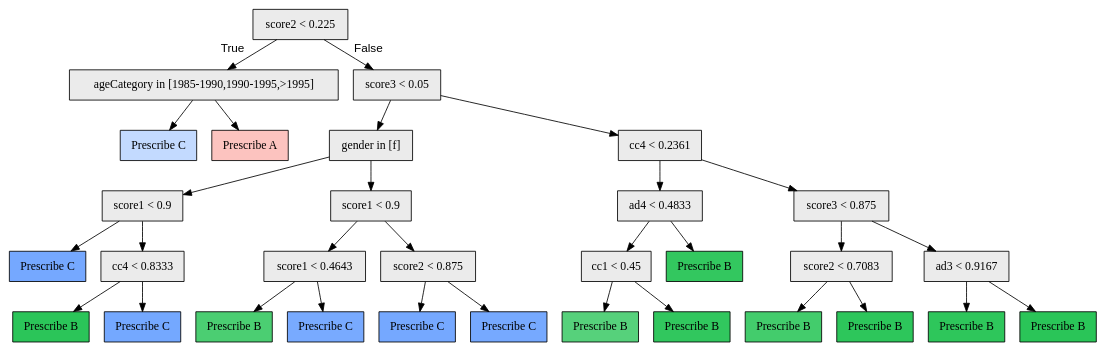
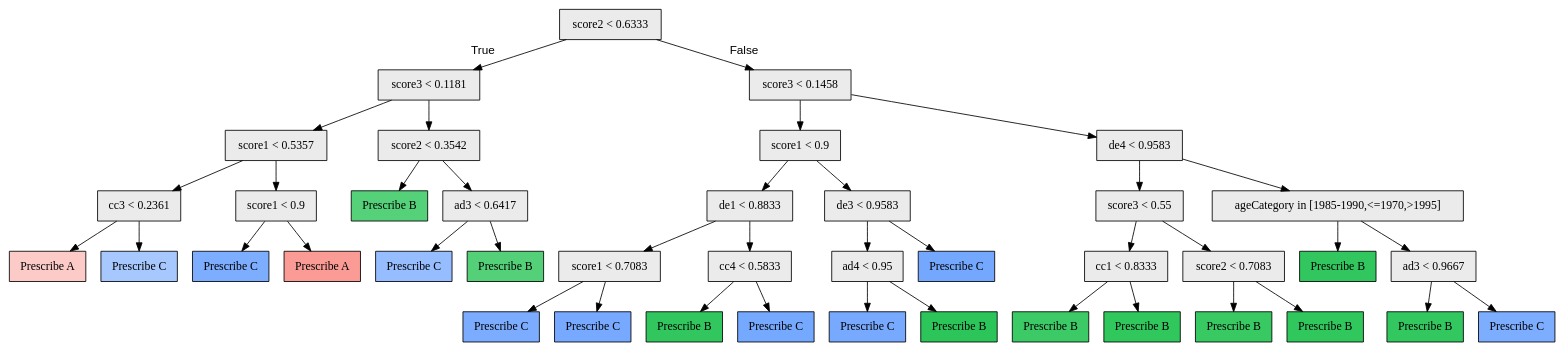
Before and after one commit to galitLukin/PersonalizedLearning: the diagram in python/model/2/rts/pytree.dot, drawn with Graphviz. The commit also changed 80 other files, not shown here.

```diff
--- a/python/model/2/rts/pytree.dot
+++ b/python/model/2/rts/pytree.dot
@@ -1,63 +1,83 @@
 digraph "G" {
-1 [fillcolor="#EBEBEB", fontname="bold arial", label="score2 &lt; 0.225", shape=box, style="filled"];
-2 [fillcolor="#EBEBEB", fontname="bold arial", label="ageCategory in [1985-1990,1990-1995,&gt;1995]", shape=box, style="filled"];
-3 [color=black, fillcolor="#619CFF60", fontname="bold arial", label="Prescribe C", shape=box, style="filled"];
-4 [color=black, fillcolor="#F8766D70", fontname="bold arial", label="Prescribe A", shape=box, style="filled"];
-5 [fillcolor="#EBEBEB", fontname="bold arial", label="score3 &lt; 0.05", shape=box, style="filled"];
-6 [fillcolor="#EBEBEB", fontname="bold arial", label="gender in [f]", shape=box, style="filled"];
+1 [fillcolor="#EBEBEB", fontname="bold arial", label="score2 &lt; 0.6333", shape=box, style="filled"];
+2 [fillcolor="#EBEBEB", fontname="bold arial", label="score3 &lt; 0.1181", shape=box, style="filled"];
+3 [fillcolor="#EBEBEB", fontname="bold arial", label="score1 &lt; 0.5357", shape=box, style="filled"];
+4 [fillcolor="#EBEBEB", fontname="bold arial", label="cc3 &lt; 0.2361", shape=box, style="filled"];
+5 [color=black, fillcolor="#F8766D60", fontname="bold arial", label="Prescribe A", shape=box, style="filled"];
+6 [color=black, fillcolor="#619CFF8e", fontname="bold arial", label="Prescribe C", shape=box, style="filled"];
 7 [fillcolor="#EBEBEB", fontname="bold arial", label="score1 &lt; 0.9", shape=box, style="filled"];
-8 [color=black, fillcolor="#619CFFde", fontname="bold arial", label="Prescribe C", shape=box, style="filled"];
-9 [fillcolor="#EBEBEB", fontname="bold arial", label="cc4 &lt; 0.8333", shape=box, style="filled"];
-10 [color=black, fillcolor="#00BA38d4", fontname="bold arial", label="Prescribe B", shape=box, style="filled"];
-11 [color=black, fillcolor="#619CFFdf", fontname="bold arial", label="Prescribe C", shape=box, style="filled"];
-12 [fillcolor="#EBEBEB", fontname="bold arial", label="score1 &lt; 0.9", shape=box, style="filled"];
-13 [fillcolor="#EBEBEB", fontname="bold arial", label="score1 &lt; 0.4643", shape=box, style="filled"];
-14 [color=black, fillcolor="#00BA38b4", fontname="bold arial", label="Prescribe B", shape=box, style="filled"];
-15 [color=black, fillcolor="#619CFFd9", fontname="bold arial", label="Prescribe C", shape=box, style="filled"];
-16 [fillcolor="#EBEBEB", fontname="bold arial", label="score2 &lt; 0.875", shape=box, style="filled"];
-17 [color=black, fillcolor="#619CFFde", fontname="bold arial", label="Prescribe C", shape=box, style="filled"];
-18 [color=black, fillcolor="#619CFFdd", fontname="bold arial", label="Prescribe C", shape=box, style="filled"];
-19 [fillcolor="#EBEBEB", fontname="bold arial", label="cc4 &lt; 0.2361", shape=box, style="filled"];
-20 [fillcolor="#EBEBEB", fontname="bold arial", label="ad4 &lt; 0.4833", shape=box, style="filled"];
-21 [fillcolor="#EBEBEB", fontname="bold arial", label="cc1 &lt; 0.45", shape=box, style="filled"];
-22 [color=black, fillcolor="#00BA38a9", fontname="bold arial", label="Prescribe B", shape=box, style="filled"];
-23 [color=black, fillcolor="#00BA38ce", fontname="bold arial", label="Prescribe B", shape=box, style="filled"];
-24 [color=black, fillcolor="#00BA38cc", fontname="bold arial", label="Prescribe B", shape=box, style="filled"];
-25 [fillcolor="#EBEBEB", fontname="bold arial", label="score3 &lt; 0.875", shape=box, style="filled"];
-26 [fillcolor="#EBEBEB", fontname="bold arial", label="score2 &lt; 0.7083", shape=box, style="filled"];
-27 [color=black, fillcolor="#00BA38bc", fontname="bold arial", label="Prescribe B", shape=box, style="filled"];
-28 [color=black, fillcolor="#00BA38d2", fontname="bold arial", label="Prescribe B", shape=box, style="filled"];
-29 [fillcolor="#EBEBEB", fontname="bold arial", label="ad3 &lt; 0.9167", shape=box, style="filled"];
-30 [color=black, fillcolor="#00BA38d1", fontname="bold arial", label="Prescribe B", shape=box, style="filled"];
-31 [color=black, fillcolor="#00BA38d5", fontname="bold arial", label="Prescribe B", shape=box, style="filled"];
+8 [color=black, fillcolor="#619CFFd3", fontname="bold arial", label="Prescribe C", shape=box, style="filled"];
+9 [color=black, fillcolor="#F8766Db9", fontname="bold arial", label="Prescribe A", shape=box, style="filled"];
+10 [fillcolor="#EBEBEB", fontname="bold arial", label="score2 &lt; 0.3542", shape=box, style="filled"];
+11 [color=black, fillcolor="#00BA38aa", fontname="bold arial", label="Prescribe B", shape=box, style="filled"];
+12 [fillcolor="#EBEBEB", fontname="bold arial", label="ad3 &lt; 0.6417", shape=box, style="filled"];
+13 [color=black, fillcolor="#619CFFa9", fontname="bold arial", label="Prescribe C", shape=box, style="filled"];
+14 [color=black, fillcolor="#00BA38ac", fontname="bold arial", label="Prescribe B", shape=box, style="filled"];
+15 [fillcolor="#EBEBEB", fontname="bold arial", label="score3 &lt; 0.1458", shape=box, style="filled"];
+16 [fillcolor="#EBEBEB", fontname="bold arial", label="score1 &lt; 0.9", shape=box, style="filled"];
+17 [fillcolor="#EBEBEB", fontname="bold arial", label="de1 &lt; 0.8833", shape=box, style="filled"];
+18 [fillcolor="#EBEBEB", fontname="bold arial", label="score1 &lt; 0.7083", shape=box, style="filled"];
+19 [color=black, fillcolor="#619CFFd5", fontname="bold arial", label="Prescribe C", shape=box, style="filled"];
+20 [color=black, fillcolor="#619CFFdc", fontname="bold arial", label="Prescribe C", shape=box, style="filled"];
+21 [fillcolor="#EBEBEB", fontname="bold arial", label="cc4 &lt; 0.5833", shape=box, style="filled"];
+22 [color=black, fillcolor="#00BA38ce", fontname="bold arial", label="Prescribe B", shape=box, style="filled"];
+23 [color=black, fillcolor="#619CFFde", fontname="bold arial", label="Prescribe C", shape=box, style="filled"];
+24 [fillcolor="#EBEBEB", fontname="bold arial", label="de3 &lt; 0.9583", shape=box, style="filled"];
+25 [fillcolor="#EBEBEB", fontname="bold arial", label="ad4 &lt; 0.95", shape=box, style="filled"];
+26 [color=black, fillcolor="#619CFFdb", fontname="bold arial", label="Prescribe C", shape=box, style="filled"];
+27 [color=black, fillcolor="#00BA38d4", fontname="bold arial", label="Prescribe B", shape=box, style="filled"];
+28 [color=black, fillcolor="#619CFFdf", fontname="bold arial", label="Prescribe C", shape=box, style="filled"];
+29 [fillcolor="#EBEBEB", fontname="bold arial", label="de4 &lt; 0.9583", shape=box, style="filled"];
+30 [fillcolor="#EBEBEB", fontname="bold arial", label="score3 &lt; 0.55", shape=box, style="filled"];
+31 [fillcolor="#EBEBEB", fontname="bold arial", label="cc1 &lt; 0.8333", shape=box, style="filled"];
+32 [color=black, fillcolor="#00BA38c3", fontname="bold arial", label="Prescribe B", shape=box, style="filled"];
+33 [color=black, fillcolor="#00BA38cf", fontname="bold arial", label="Prescribe B", shape=box, style="filled"];
+34 [fillcolor="#EBEBEB", fontname="bold arial", label="score2 &lt; 0.7083", shape=box, style="filled"];
+35 [color=black, fillcolor="#00BA38c7", fontname="bold arial", label="Prescribe B", shape=box, style="filled"];
+36 [color=black, fillcolor="#00BA38cf", fontname="bold arial", label="Prescribe B", shape=box, style="filled"];
+37 [fillcolor="#EBEBEB", fontname="bold arial", label="ageCategory in [1985-1990,&lt;=1970,&gt;1995]", shape=box, style="filled"];
+38 [color=black, fillcolor="#00BA38ce", fontname="bold arial", label="Prescribe B", shape=box, style="filled"];
+39 [fillcolor="#EBEBEB", fontname="bold arial", label="ad3 &lt; 0.9667", shape=box, style="filled"];
+40 [color=black, fillcolor="#00BA38cc", fontname="bold arial", label="Prescribe B", shape=box, style="filled"];
+41 [color=black, fillcolor="#619CFFd2", fontname="bold arial", label="Prescribe C", shape=box, style="filled"];
 1 -> 2  [fontname="arial", headlabel="True", key=0, labelangle=45, labeldistance="2.5"];
-1 -> 5  [fontname="arial", headlabel="False", key=0, labelangle="-45", labeldistance="2.5"];
+1 -> 15  [fontname="arial", headlabel="False", key=0, labelangle="-45", labeldistance="2.5"];
 2 -> 3  [key=0];
-2 -> 4  [key=0];
-5 -> 6  [key=0];
-5 -> 19  [key=0];
-6 -> 7  [key=0];
-6 -> 12  [key=0];
+2 -> 10  [key=0];
+3 -> 4  [key=0];
+3 -> 7  [key=0];
+4 -> 5  [key=0];
+4 -> 6  [key=0];
 7 -> 8  [key=0];
 7 -> 9  [key=0];
-9 -> 10  [key=0];
-9 -> 11  [key=0];
+10 -> 11  [key=0];
+10 -> 12  [key=0];
 12 -> 13  [key=0];
-12 -> 16  [key=0];
-13 -> 14  [key=0];
-13 -> 15  [key=0];
+12 -> 14  [key=0];
+15 -> 16  [key=0];
+15 -> 29  [key=0];
 16 -> 17  [key=0];
-16 -> 18  [key=0];
-19 -> 20  [key=0];
-19 -> 25  [key=0];
-20 -> 21  [key=0];
-20 -> 24  [key=0];
+16 -> 24  [key=0];
+17 -> 18  [key=0];
+17 -> 21  [key=0];
+18 -> 19  [key=0];
+18 -> 20  [key=0];
 21 -> 22  [key=0];
 21 -> 23  [key=0];
+24 -> 25  [key=0];
+24 -> 28  [key=0];
 25 -> 26  [key=0];
-25 -> 29  [key=0];
-26 -> 27  [key=0];
-26 -> 28  [key=0];
+25 -> 27  [key=0];
 29 -> 30  [key=0];
-29 -> 31  [key=0];
+29 -> 37  [key=0];
+30 -> 31  [key=0];
+30 -> 34  [key=0];
+31 -> 32  [key=0];
+31 -> 33  [key=0];
+34 -> 35  [key=0];
+34 -> 36  [key=0];
+37 -> 38  [key=0];
+37 -> 39  [key=0];
+39 -> 40  [key=0];
+39 -> 41  [key=0];
 }
```
